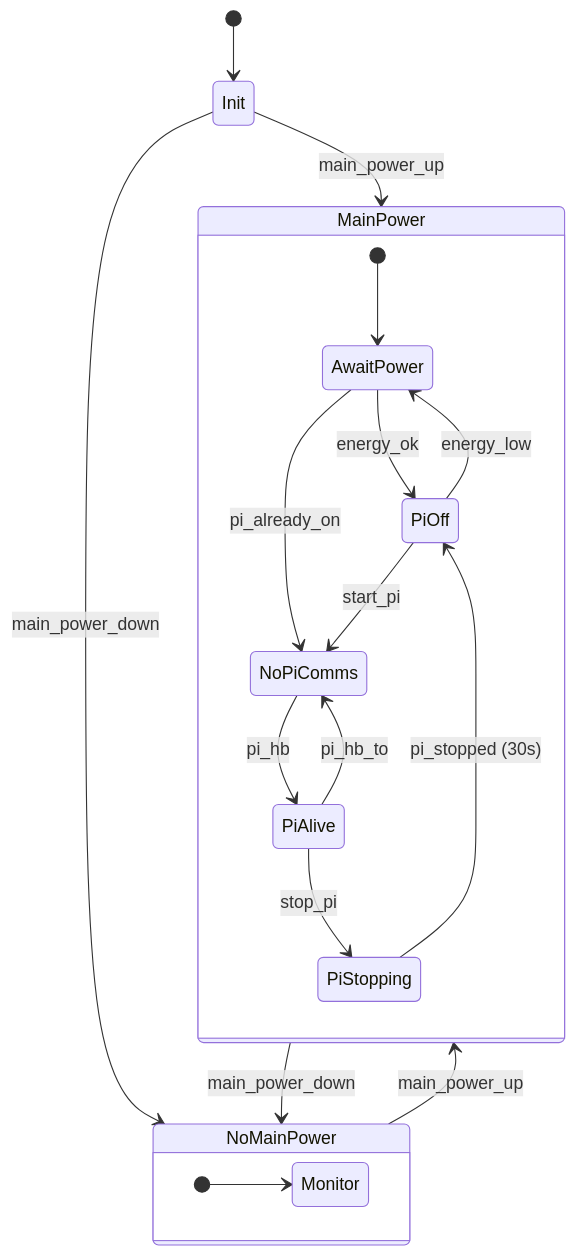
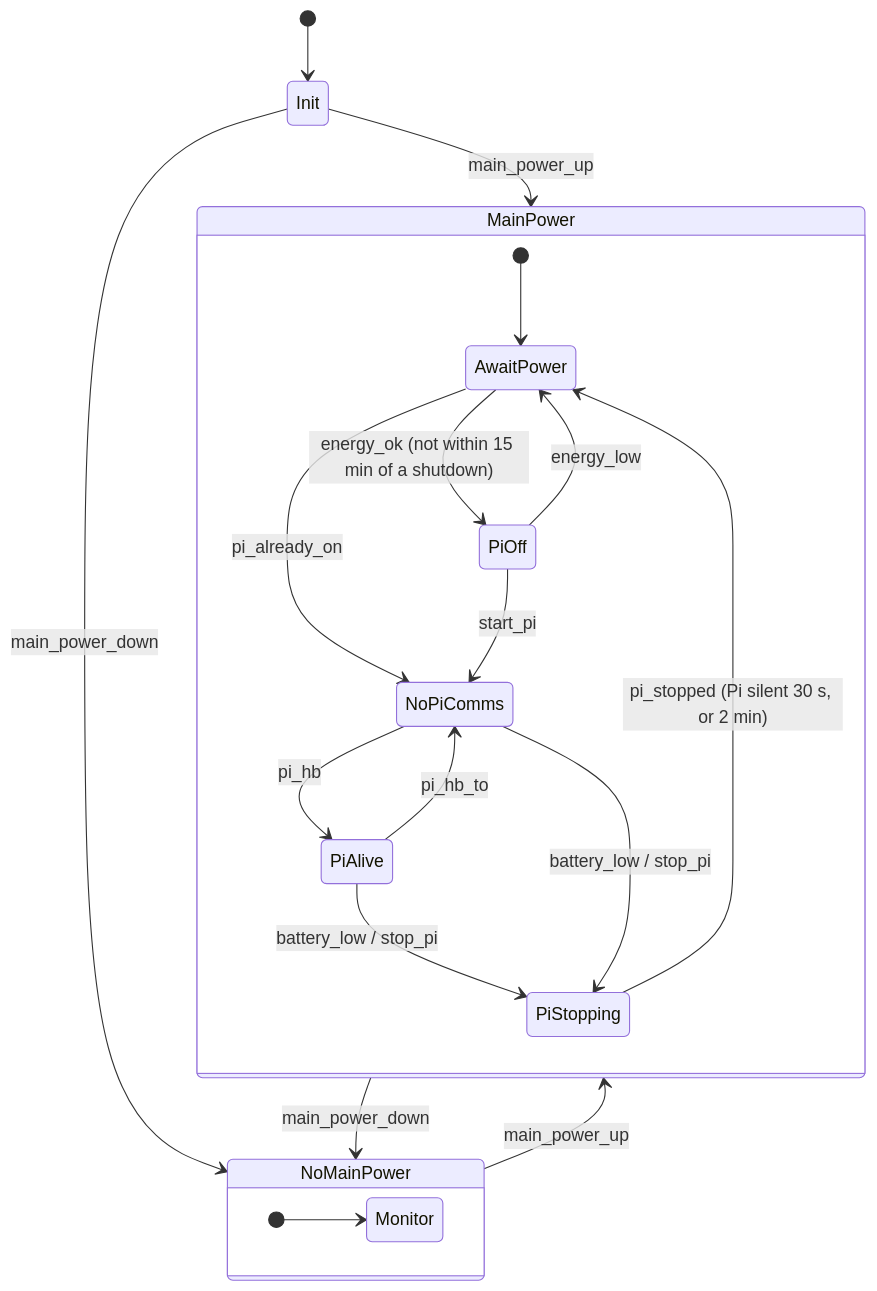
The diagram in Compute.md (csosborn/roboat), drawn with Mermaid before and after one commit. The commit also changed other lines of this file and 14 other files, not shown here.

First line of the commit message:
Shut the Pi down cleanly when the battery runs low.

````diff
--- a/Compute.md
+++ b/Compute.md
@@ -61,24 +63,25 @@
 ```mermaid
 stateDiagram
     [*] --> Init
     state NoMainPower {
         direction LR
         [*] --> Monitor
     }
     state MainPower {
         [*] --> AwaitPower
-        AwaitPower --> PiOff : energy_ok
+        AwaitPower --> PiOff : energy_ok (not within 15 min of a shutdown)
         AwaitPower --> NoPiComms : pi_already_on
         PiOff --> AwaitPower : energy_low
         PiOff --> NoPiComms : start_pi
         NoPiComms --> PiAlive : pi_hb
         PiAlive --> NoPiComms : pi_hb_to
-        PiAlive --> PiStopping : stop_pi
-        PiStopping --> PiOff : pi_stopped (30s)
+        PiAlive --> PiStopping : battery_low / stop_pi
+        NoPiComms --> PiStopping : battery_low / stop_pi
+        PiStopping --> AwaitPower : pi_stopped (Pi silent 30 s, or 2 min)
     }
     Init --> MainPower : main_power_up
     Init --> NoMainPower : main_power_down
     NoMainPower --> MainPower : main_power_up
     MainPower --> NoMainPower : main_power_down
 
 ```
````
